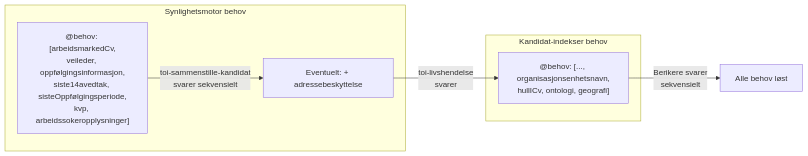
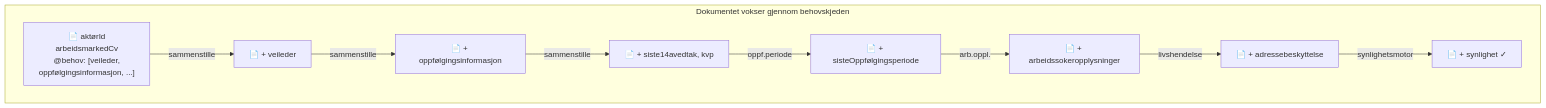
The tenth of 11 diagrams in MELDINGSFLYTER.md (navikt/toi-rapids-and-rivers), drawn with Mermaid before and after one commit. The commit also changed other lines of this file, not shown here.

Commit message:
Legg til mer forklaring om behov-kjeden

````diff
--- a/MELDINGSFLYTER.md
+++ b/MELDINGSFLYTER.md
@@ -398,15 +493,18 @@
 ```mermaid
 flowchart LR
-    subgraph Synlighetsmotor behov
-        S1["@behov: [arbeidsmarkedCv,<br/>veileder, oppfølgingsinformasjon,<br/>siste14avedtak, sisteOppfølgingsperiode,<br/>kvp, arbeidssokeropplysninger]"]
-        S2["Eventuelt: + adressebeskyttelse"]
+    subgraph "Dokumentet vokser gjennom behovskjeden"
+        direction LR
+        D1["📄 aktørId<br/>arbeidsmarkedCv<br/>@behov: [veileder,<br/>oppfølgingsinformasjon, ...]"]
+        D2["📄 + veileder"]
+        D3["📄 + oppfølgingsinformasjon"]
+        D4["📄 + siste14avedtak, kvp"]
+        D5["📄 + sisteOppfølgingsperiode"]
+        D6["📄 + arbeidssokeropplysninger"]
+        D7["📄 + adressebeskyttelse"]
+        D8["📄 + synlighet ✓"]
     end
 
-    subgraph Kandidat-indekser behov
-        K1["@behov: [..., organisasjonsenhetsnavn,<br/>hullICv, ontologi, geografi]"]
-    end
-
-    S1 -->|"toi-sammenstille-kandidat<br/>svarer sekvensielt"| S2
-    S2 -->|"toi-livshendelse<br/>svarer"| K1
-    K1 -->|"Berikere svarer<br/>sekvensielt"| FERDIG[Alle behov løst]
+    D1 -->|"sammenstille"| D2 -->|"sammenstille"| D3 -->|"sammenstille"| D4
+    D4 -->|"oppf.periode"| D5 -->|"arb.oppl."| D6 -->|"livshendelse"| D7
+    D7 -->|"synlighetsmotor"| D8
 ```
````
